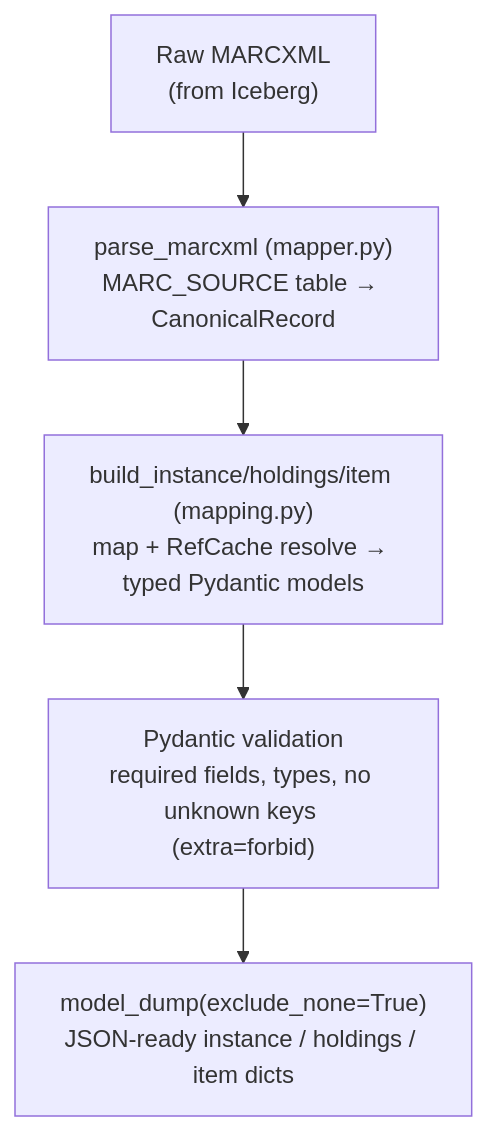
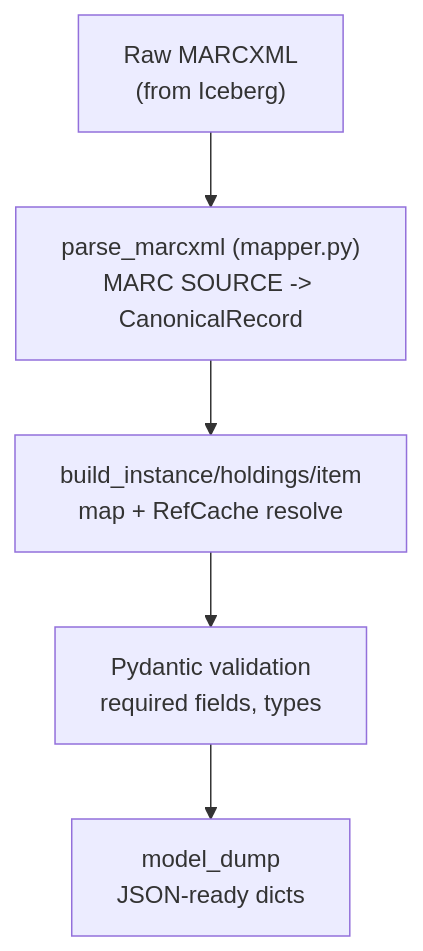
Before and after one commit to wellcomecollection/docs: the fourth of 6 diagrams in rfcs/090-axiell-folio-sync/README.md, drawn with Mermaid. The commit also changed other lines of this file, not shown here.

Commit message:
Fix mermaid diagrams and clarify Axiell Location

````diff
--- a/rfcs/090-axiell-folio-sync/README.md
+++ b/rfcs/090-axiell-folio-sync/README.md
@@ -178,7 +171,7 @@
 ```mermaid
 graph TD
-    A["Raw MARCXML<br/>(from Iceberg)"] --> B["parse_marcxml (mapper.py)<br/>MARC_SOURCE table → CanonicalRecord"]
-    B --> C["build_instance/holdings/item (mapping.py)<br/>map + RefCache resolve → typed Pydantic models"]
-    C --> D["Pydantic validation<br/>required fields, types, no unknown keys (extra=forbid)"]
-    D --> E["model_dump(exclude_none=True)<br/>JSON-ready instance / holdings / item dicts"]
+    A["Raw MARCXML<br/>(from Iceberg)"] --> B["parse_marcxml (mapper.py)<br/>MARC SOURCE -&gt; CanonicalRecord"]
+    B --> C["build_instance/holdings/item<br/>map + RefCache resolve"]
+    C --> D["Pydantic validation<br/>required fields, types"]
+    D --> E["model_dump<br/>JSON-ready dicts"]
 ```
````
